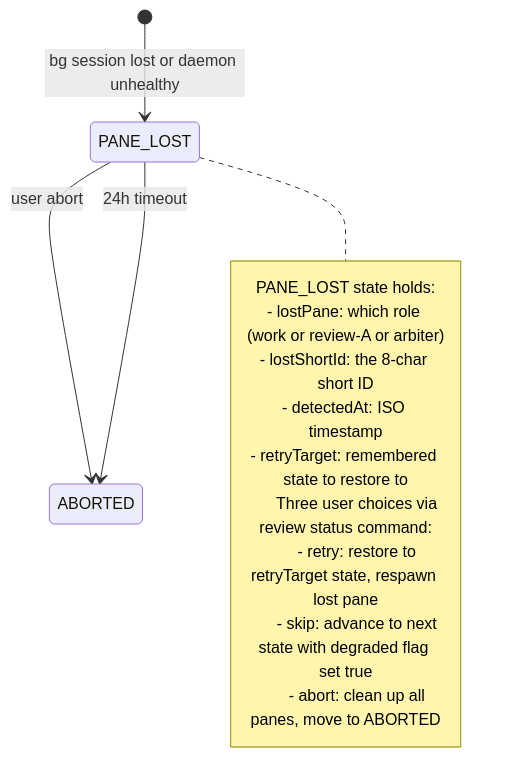
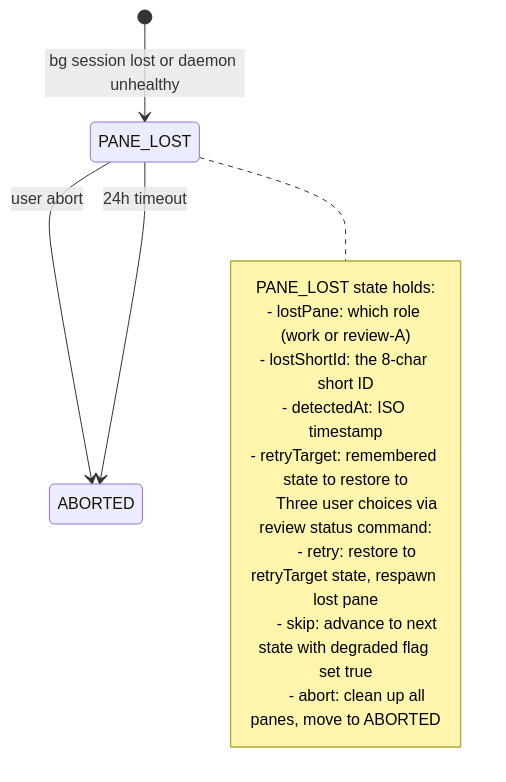
One commit to yujuntea/cc-linker changed the second of 2 diagrams in docs/superpowers/specs/2026-06-14-multi-model-review-engine-v2.1-design.md. Above: the diagram before and after it, drawn with Mermaid. The commit also changed other lines of this file, not shown here.

First line of the commit message:
feat(spec): v2.1 变更 18 — R1/R2 self-review-and-fix + 删 ARBITRATION

````diff
--- a/docs/superpowers/specs/2026-06-14-multi-model-review-engine-v2.1-design.md
+++ b/docs/superpowers/specs/2026-06-14-multi-model-review-engine-v2.1-design.md
@@ -529,22 +518,22 @@
 ```mermaid
 stateDiagram-v2
     direction TB
 
     [*] --> PANE_LOST : bg session lost or daemon unhealthy
 
     PANE_LOST --> ABORTED : user abort
     PANE_LOST --> ABORTED : 24h timeout
 
     note right of PANE_LOST
       PANE_LOST state holds:
-      - lostPane: which role (work or review-A or arbiter)
+      - lostPane: which role (work or review-A)
       - lostShortId: the 8-char short ID
       - detectedAt: ISO timestamp
       - retryTarget: remembered state to restore to
 
       Three user choices via review status command:
       - retry: restore to retryTarget state, respawn lost pane
       - skip: advance to next state with degraded flag set true
       - abort: clean up all panes, move to ABORTED
     end note
 ```
````
